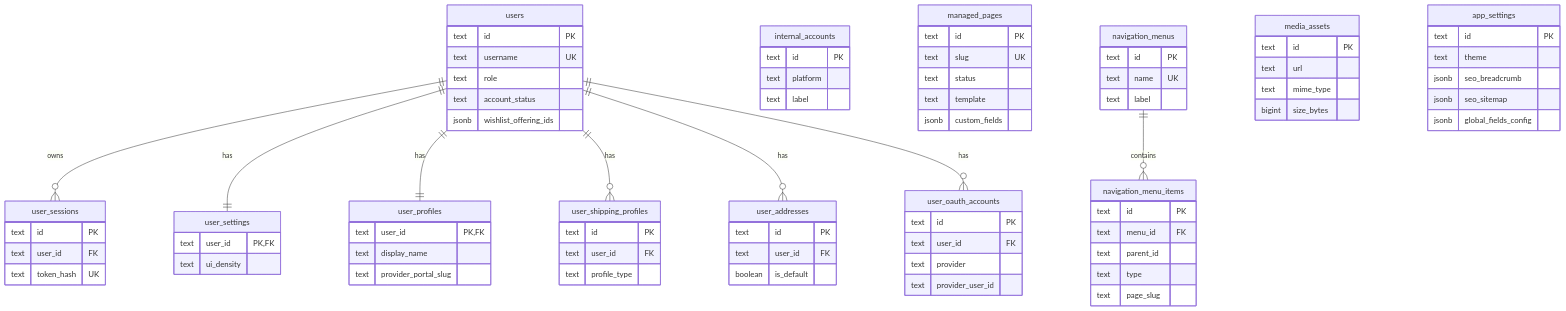
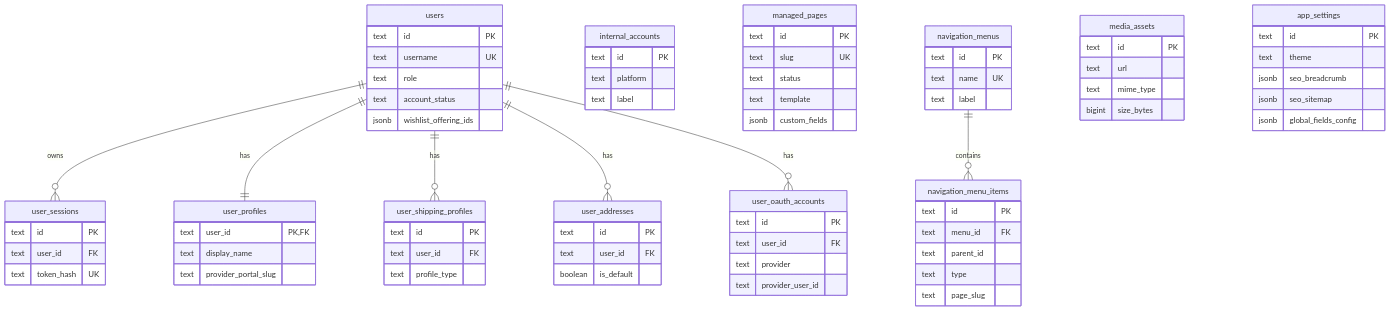
The fifth of 8 diagrams in docs/schema.md (hoangpham2263/pinklove), drawn with Mermaid before and after one commit. The commit also changed other lines of this file and 5 other files, not shown here.

First line of the commit message:
Refactor architecture documentation and database schema

```diff
--- a/docs/schema.md
+++ b/docs/schema.md
@@ -612,11 +569,6 @@
     text id PK
     text user_id FK
     text token_hash UK
-  }
-
-  user_settings {
-    text user_id PK, FK
-    text ui_density
   }
 
   user_profiles {
@@ -688,7 +640,6 @@
   }
 
   users ||--o{ user_sessions : owns
-  users ||--|| user_settings : has
   users ||--|| user_profiles : has
   users ||--o{ user_shipping_profiles : has
   users ||--o{ user_addresses : has
```
